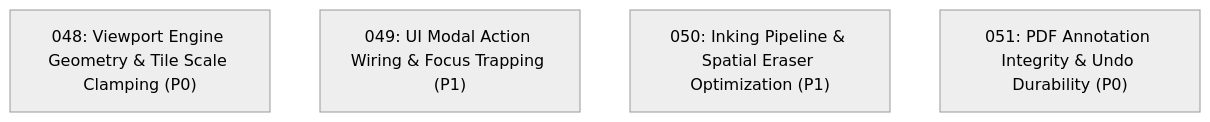
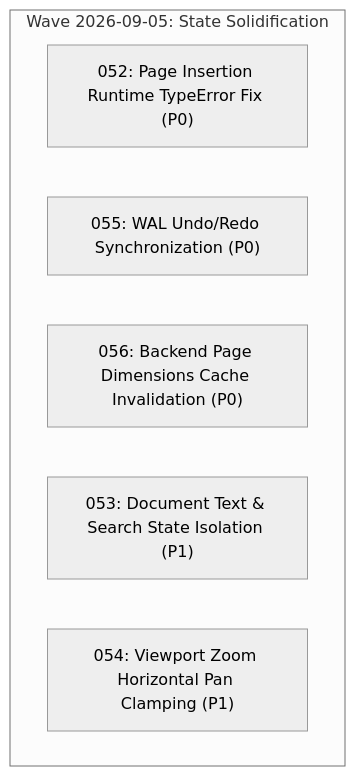
One commit to nabilbinsayed/InkrementalNotes changed the diagram in plans/README.md. Above: the diagram before and after it, drawn with Mermaid (neutral theme). The commit also changed other lines of this file and 5 other files, not shown here.

````diff
--- a/plans/README.md
+++ b/plans/README.md
@@ -70,12 +76,10 @@
 ```mermaid
 flowchart TD
-    P048["048: Viewport Engine Geometry & Tile Scale Clamping (P0)"]
-    P049["049: UI Modal Action Wiring & Focus Trapping (P1)"]
-    P050["050: Inking Pipeline & Spatial Eraser Optimization (P1)"]
-    P051["051: PDF Annotation Integrity & Undo Durability (P0)"]
-
-    P048
-    P049
-    P050
-    P051
+    subgraph Wave_2026_09_05 ["Wave 2026-09-05: State Solidification"]
+        P052["052: Page Insertion Runtime TypeError Fix (P0)"]
+        P055["055: WAL Undo/Redo Synchronization (P0)"]
+        P056["056: Backend Page Dimensions Cache Invalidation (P0)"]
+        P053["053: Document Text & Search State Isolation (P1)"]
+        P054["054: Viewport Zoom Horizontal Pan Clamping (P1)"]
+    end
 ```
````
